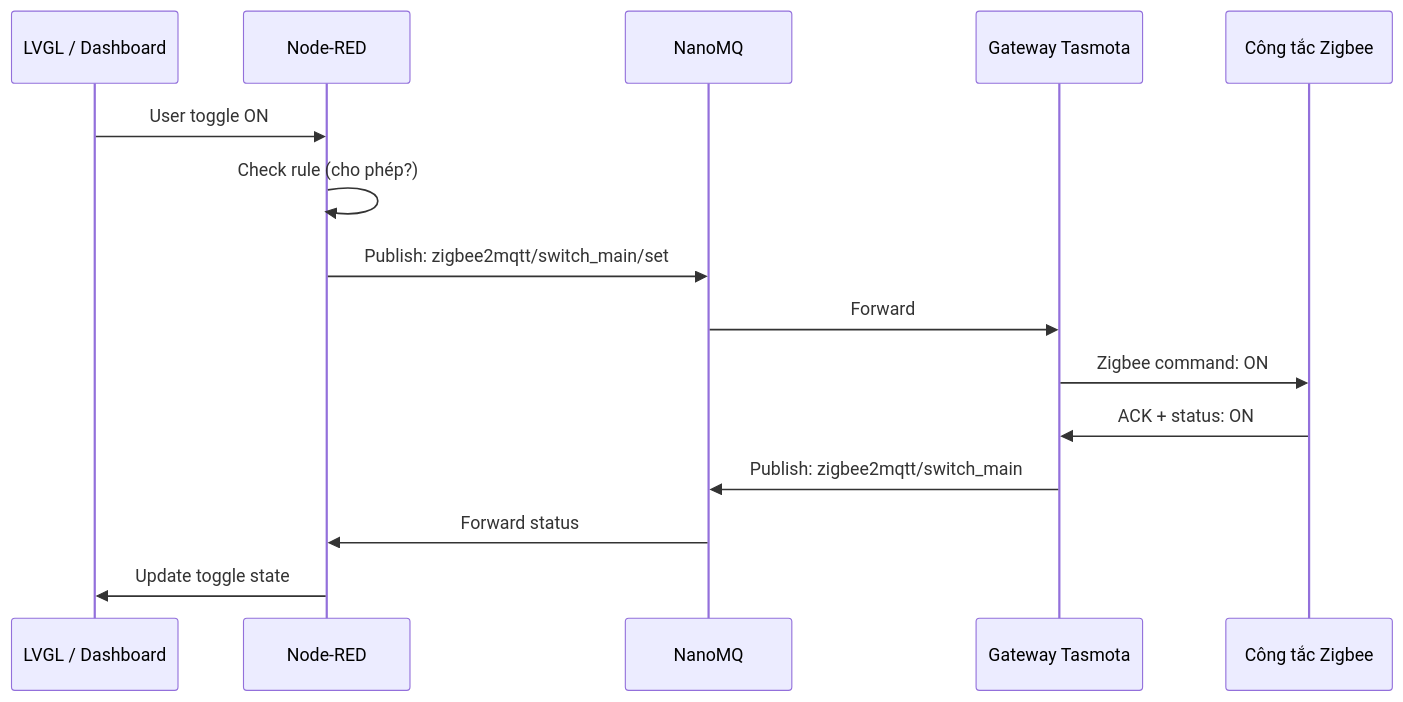
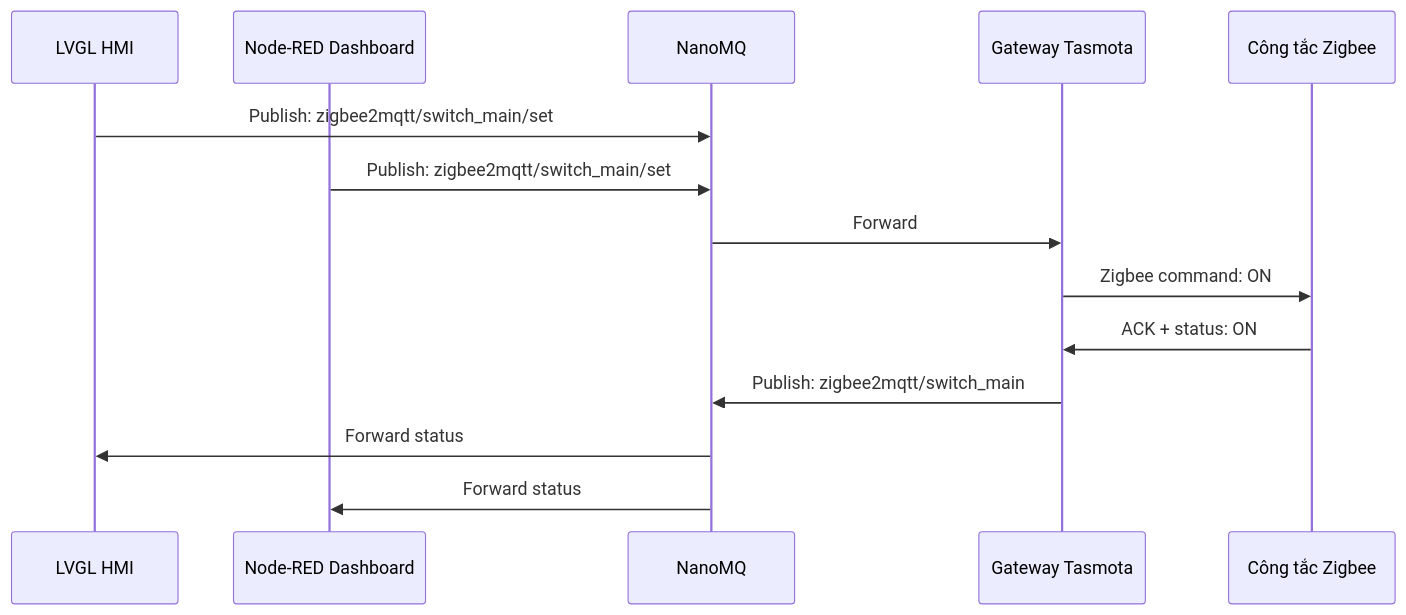
One commit to huongvn/HLCFEOS changed the sixth of 8 diagrams in slides/02-techstack.md. Above: the diagram before and after it, drawn with Mermaid. The commit also changed other lines of this file, not shown here.

Commit message:
fix(slide-02): connect LVGL directly to NanoMQ instead of Node-RED
- High-level diagram: LVGL HMI now connects to NanoMQ broker directly
- Software stack diagram: LVGL App connects to NanoMQ instead of Node-RED
- Sensor data flow: LVGL receives MQTT message directly from broker
- Control flow: LVGL publishes/subscribes MQTT directly; Dashboard via Node-RED

````diff
--- a/slides/02-techstack.md
+++ b/slides/02-techstack.md
@@ -180,18 +180,17 @@
 ```mermaid
 sequenceDiagram
-    participant UI as LVGL / Dashboard
-    participant NR as Node-RED
+    participant LVGL as LVGL HMI
+    participant NR as Node-RED Dashboard
     participant MQTT as NanoMQ
     participant GW as Gateway Tasmota
     participant Device as Công tắc Zigbee
     
-    UI->>NR: User toggle ON
-    NR->>NR: Check rule (cho phép?)
+    LVGL->>MQTT: Publish: zigbee2mqtt/switch_main/set
     NR->>MQTT: Publish: zigbee2mqtt/switch_main/set
     MQTT->>GW: Forward
     GW->>Device: Zigbee command: ON
     Device->>GW: ACK + status: ON
     GW->>MQTT: Publish: zigbee2mqtt/switch_main
+    MQTT->>LVGL: Forward status
     MQTT->>NR: Forward status
-    NR->>UI: Update toggle state
 ```
````
